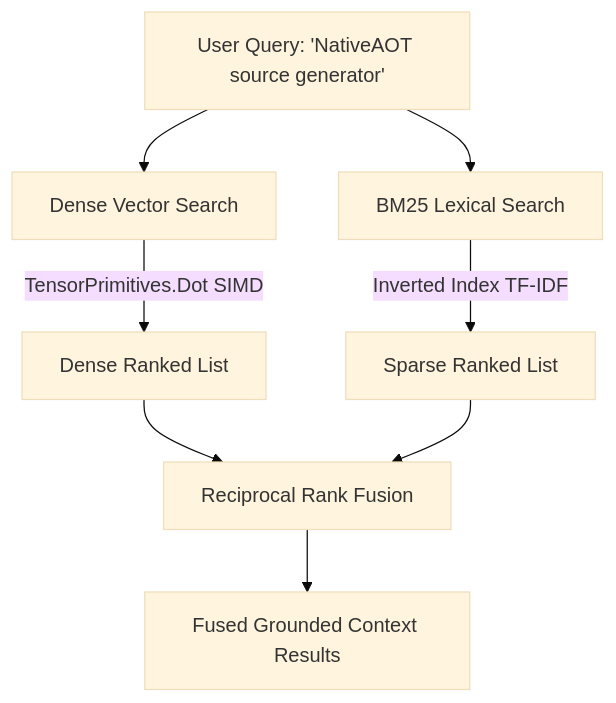
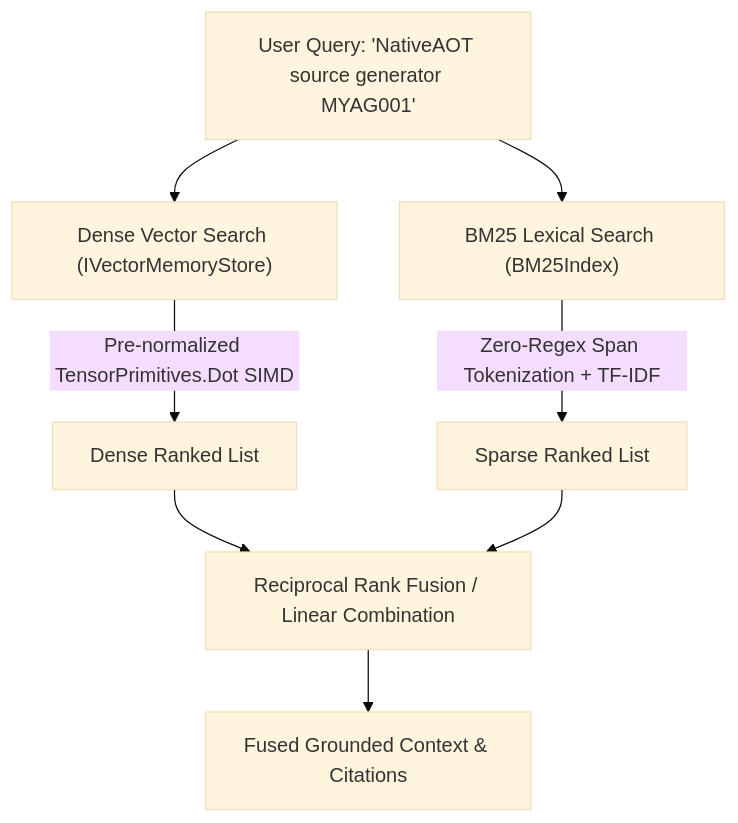
Before and after one commit to OmniTechSolutionsCA/MyAgents-Community: the diagram in docs-src/docs/memory/hybrid-rag.md, drawn with Mermaid (base theme). The commit also changed other lines of this file and 470 other files, not shown here.

````diff
--- a/docs-src/docs/memory/hybrid-rag.md
+++ b/docs-src/docs/memory/hybrid-rag.md
@@ -11,13 +11,13 @@
 ```mermaid
 flowchart TD
-    Query[User Query: 'NativeAOT source generator'] --> Dense[Dense Vector Search]
-    Query --> Sparse[BM25 Lexical Search]
+    Query["User Query: 'NativeAOT source generator MYAG001'"] --> Dense["Dense Vector Search (IVectorMemoryStore)"]
+    Query --> Sparse["BM25 Lexical Search (BM25Index)"]
 
-    Dense -->|TensorPrimitives.Dot SIMD| DenseRanks[Dense Ranked List]
-    Sparse -->|Inverted Index TF-IDF| SparseRanks[Sparse Ranked List]
+    Dense -->|"Pre-normalized TensorPrimitives.Dot SIMD"| DenseRanks["Dense Ranked List"]
+    Sparse -->|"Zero-Regex Span Tokenization + TF-IDF"| SparseRanks["Sparse Ranked List"]
 
-    DenseRanks --> RRF[Reciprocal Rank Fusion]
+    DenseRanks --> RRF["Reciprocal Rank Fusion / Linear Combination"]
     SparseRanks --> RRF
 
-    RRF --> FusedResults[Fused Grounded Context Results]
+    RRF --> FusedResults["Fused Grounded Context & Citations"]
 ```
````
